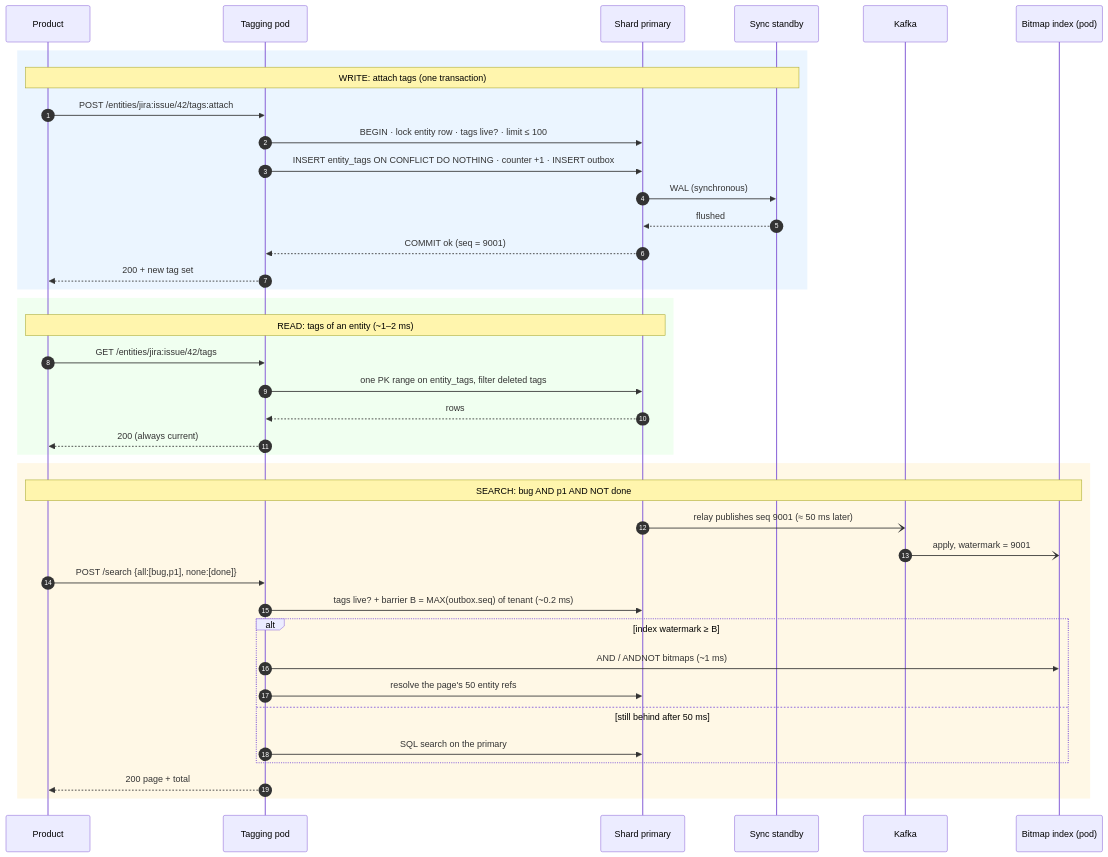
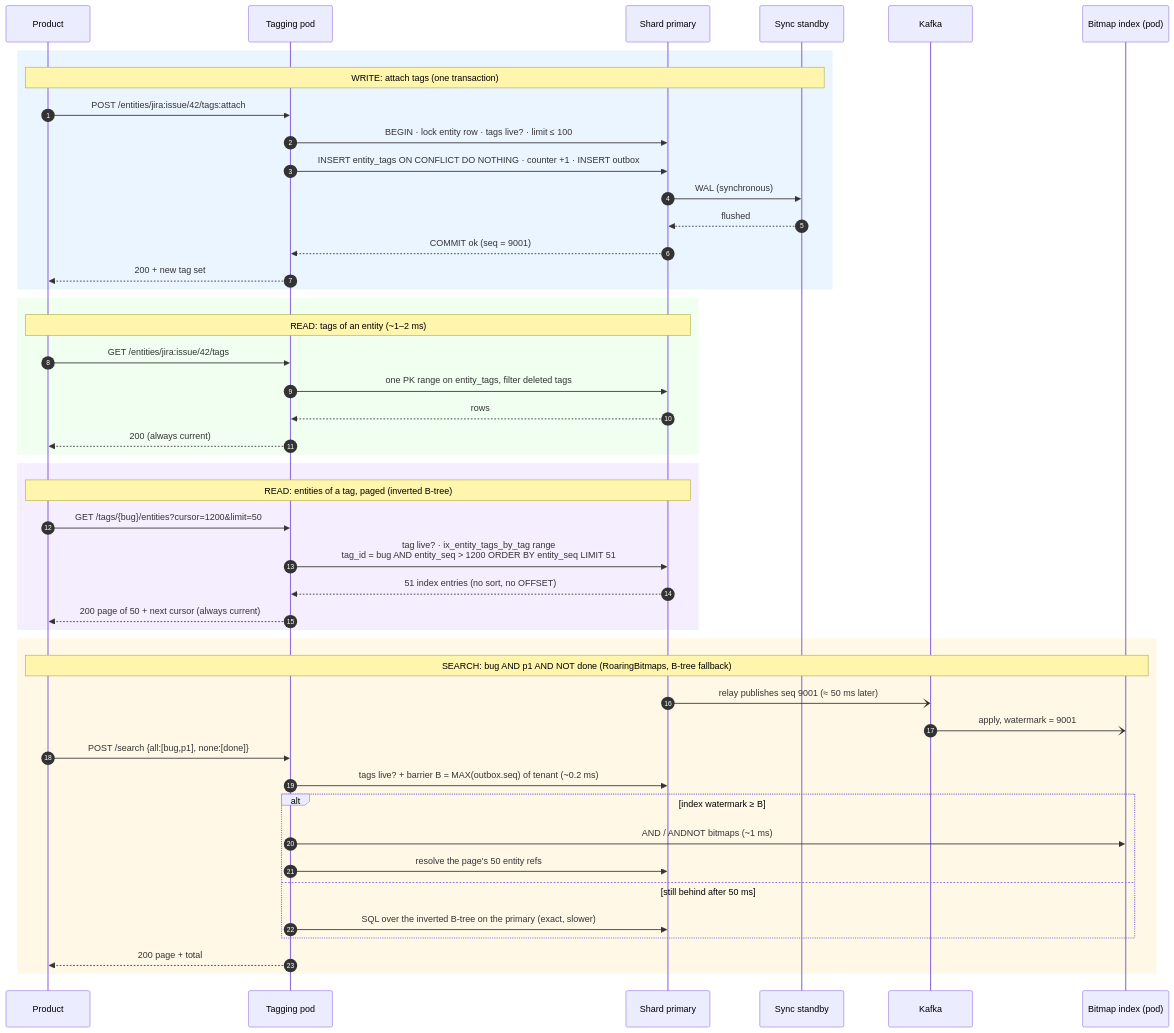
One commit to deyindra/System_Design changed the second of 5 diagrams in tagging/INTERVIEW.md. Above: the diagram before and after it, drawn with Mermaid. The commit also changed other lines of this file, not shown here.

````diff
--- a/tagging/INTERVIEW.md
+++ b/tagging/INTERVIEW.md
@@ -204,45 +204,53 @@
 ```mermaid
 %%{init: {"themeVariables": {"fontSize": "20px"}, "sequence": {"actorMargin": 80, "messageMargin": 45, "boxMargin": 15}}}%%
 sequenceDiagram
   autonumber
   participant P as Product
   participant S as Tagging pod
   participant DB as Shard primary
   participant SB as Sync standby
   participant K as Kafka
   participant I as Bitmap index (pod)
 
   rect rgb(235, 245, 255)
   Note over P,SB: WRITE: attach tags (one transaction)
   P->>S: POST /entities/jira:issue/42/tags:attach
   S->>DB: BEGIN · lock entity row · tags live? · limit ≤ 100
   S->>DB: INSERT entity_tags ON CONFLICT DO NOTHING · counter +1 · INSERT outbox
   DB->>SB: WAL (synchronous)
   SB-->>DB: flushed
   DB-->>S: COMMIT ok (seq = 9001)
   S-->>P: 200 + new tag set
   end
 
   rect rgb(240, 255, 240)
   Note over P,DB: READ: tags of an entity (~1–2 ms)
   P->>S: GET /entities/jira:issue/42/tags
   S->>DB: one PK range on entity_tags, filter deleted tags
   DB-->>S: rows
   S-->>P: 200 (always current)
   end
 
+  rect rgb(245, 238, 255)
+  Note over P,DB: READ: entities of a tag, paged (inverted B-tree)
+  P->>S: GET /tags/{bug}/entities?cursor=1200&limit=50
+  S->>DB: tag live? · ix_entity_tags_by_tag range<br/>tag_id = bug AND entity_seq > 1200 ORDER BY entity_seq LIMIT 51
+  DB-->>S: 51 index entries (no sort, no OFFSET)
+  S-->>P: 200 page of 50 + next cursor (always current)
+  end
+
   rect rgb(255, 248, 230)
-  Note over P,I: SEARCH: bug AND p1 AND NOT done
+  Note over P,I: SEARCH: bug AND p1 AND NOT done (RoaringBitmaps, B-tree fallback)
   DB-)K: relay publishes seq 9001 (≈ 50 ms later)
   K-)I: apply, watermark = 9001
   P->>S: POST /search {all:[bug,p1], none:[done]}
   S->>DB: tags live? + barrier B = MAX(outbox.seq) of tenant (~0.2 ms)
   alt index watermark ≥ B
     S->>I: AND / ANDNOT bitmaps (~1 ms)
     S->>DB: resolve the page's 50 entity refs
   else still behind after 50 ms
-    S->>DB: SQL search on the primary
+    S->>DB: SQL over the inverted B-tree on the primary (exact, slower)
   end
   S-->>P: 200 page + total
   end
 ```
````
